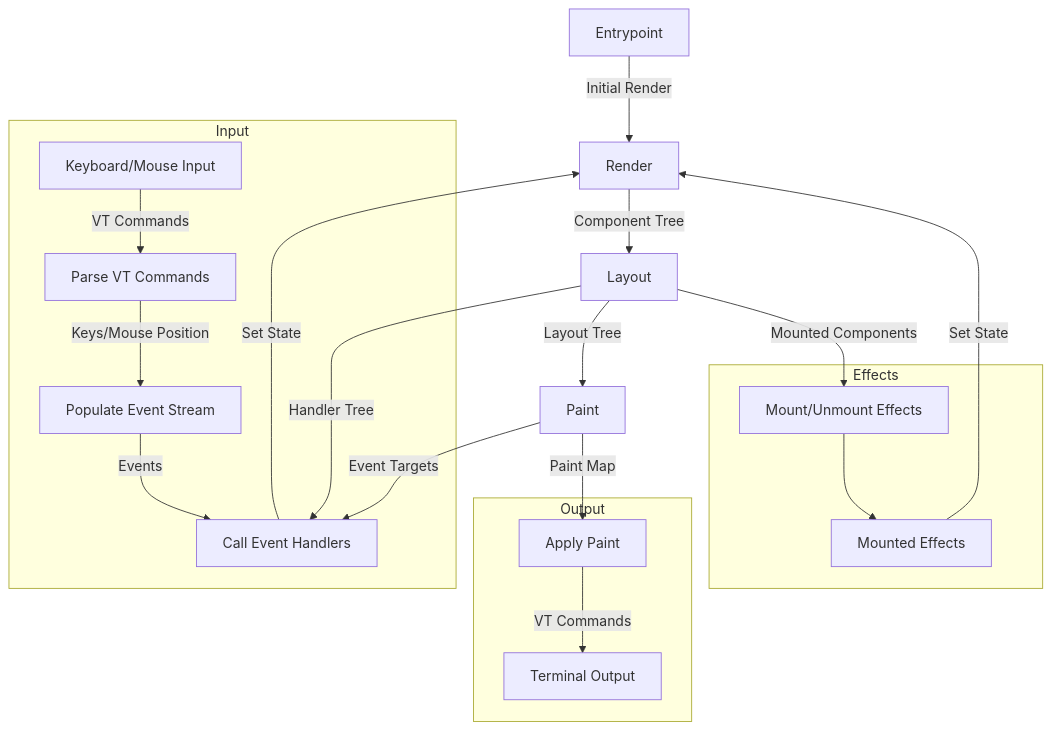
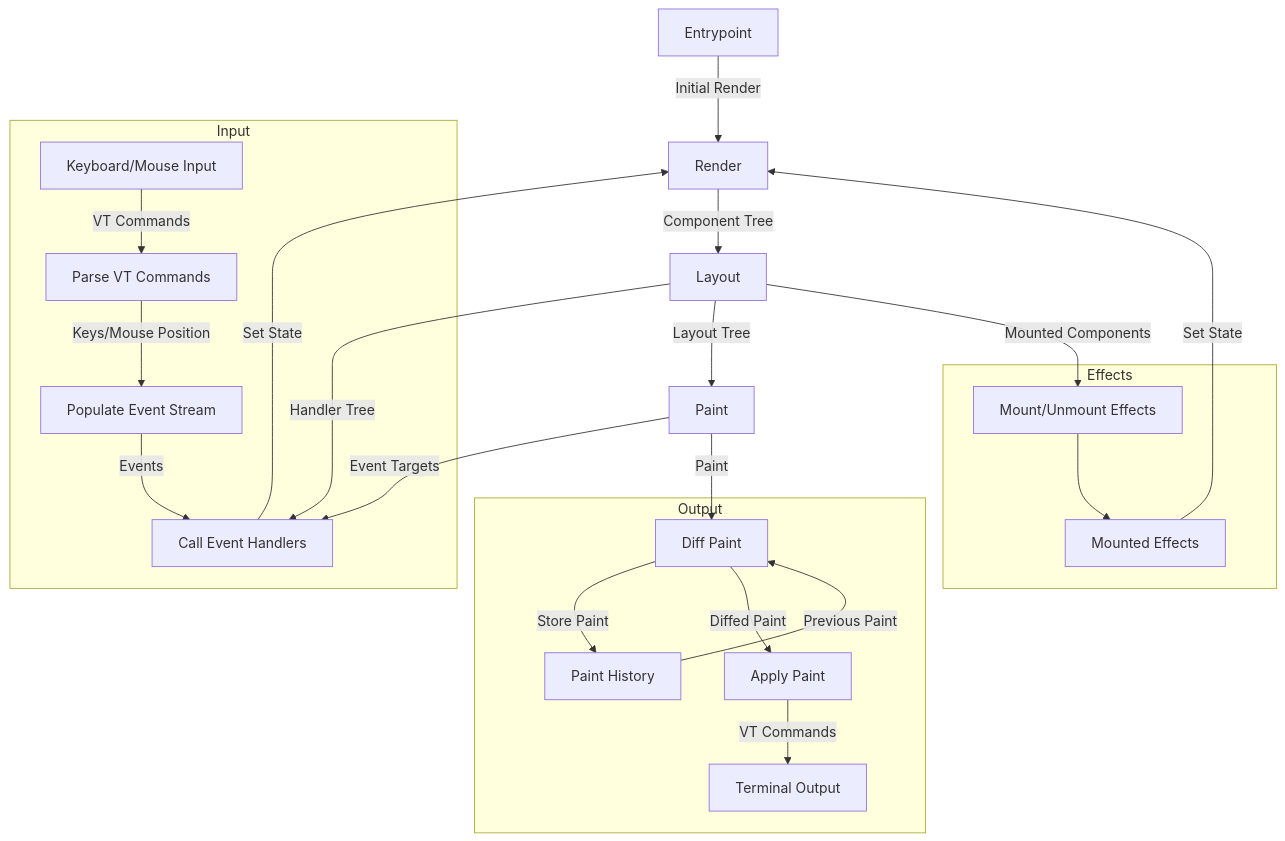
The diagram in docs/app-flow.md (JoshKarpel/counterweight), drawn with Mermaid before and after one commit.

Commit message:
update flow diagram for diff paint

````diff
--- a/docs/app-flow.md
+++ b/docs/app-flow.md
@@ -3,44 +3,51 @@
 ```mermaid
 flowchart TB
 
     en[Entrypoint]
     r[Render]
     l[Layout]
     p[Paint]
 
     subgraph Output
+        ph[Paint History]
+        dp[Diff Paint]
         d[Apply Paint]
         t[Terminal Output]
     end
 
     subgraph Input
         i[Keyboard/Mouse Input]
         vp[Parse VT Commands]
         ev[Populate Event Stream]
         eh[Call Event Handlers]
     end
 
     subgraph Effects
         efm[Mount/Unmount Effects]
         eff[Mounted Effects]
     end
 
     en -- Initial Render --> r
     r -- Component Tree --> l
     l -- Layout Tree --> p
-    p -- Paint Map --> d
+    p -- Paint --> dp
+
+    ph -- Previous Paint --> dp
+    dp -- Store Paint --> ph
+    dp -- Diffed Paint --> d
+
     d -- VT Commands --> t
 
     i -- VT Commands --> vp
     vp -- Keys/Mouse Position --> ev
     ev -- Events --> eh
     l -- Handler Tree --> eh
     p -- Event Targets --> eh
 
     eh -- Set State --> r
 
     l -- Mounted Components --> efm
     efm --> eff
     eff -- Set State --> r
 
 ```
````
